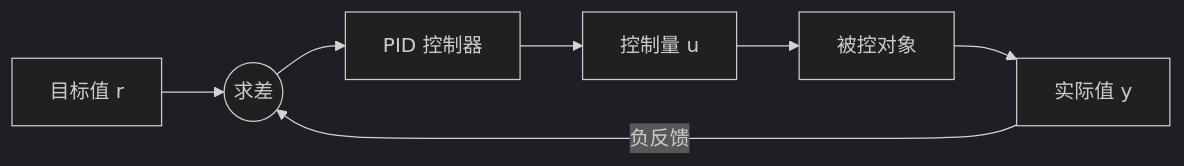
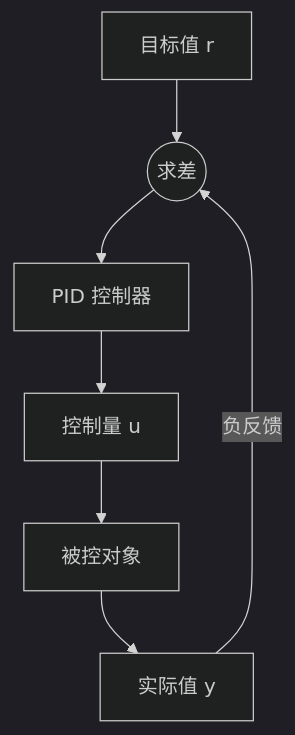
One commit to KehangWu-hub/obsidian changed the diagram in 技术/算法与强化学习/PID.md. Above: the diagram before and after it, drawn with Mermaid (dark theme). The commit also changed 6 other files, not shown here.

````diff
--- a/技术/算法与强化学习/PID.md
+++ b/技术/算法与强化学习/PID.md
@@ -12,9 +12,9 @@
 ```mermaid
-flowchart LR
+flowchart TB
     R[目标值 r] --> E((求差))
     Y[实际值 y] -->|负反馈| E
     E --> PID[PID 控制器]
     PID --> U[控制量 u]
     U --> Plant[被控对象]
     Plant --> Y
 ```
````
